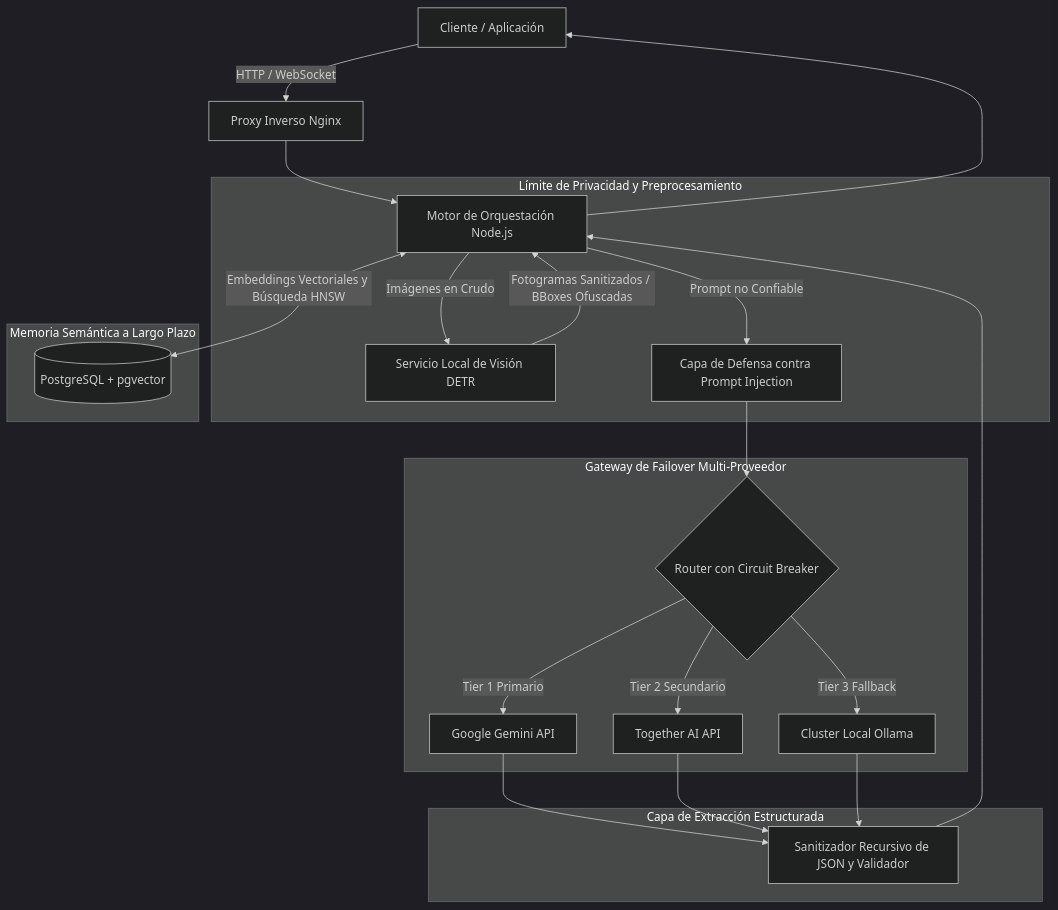
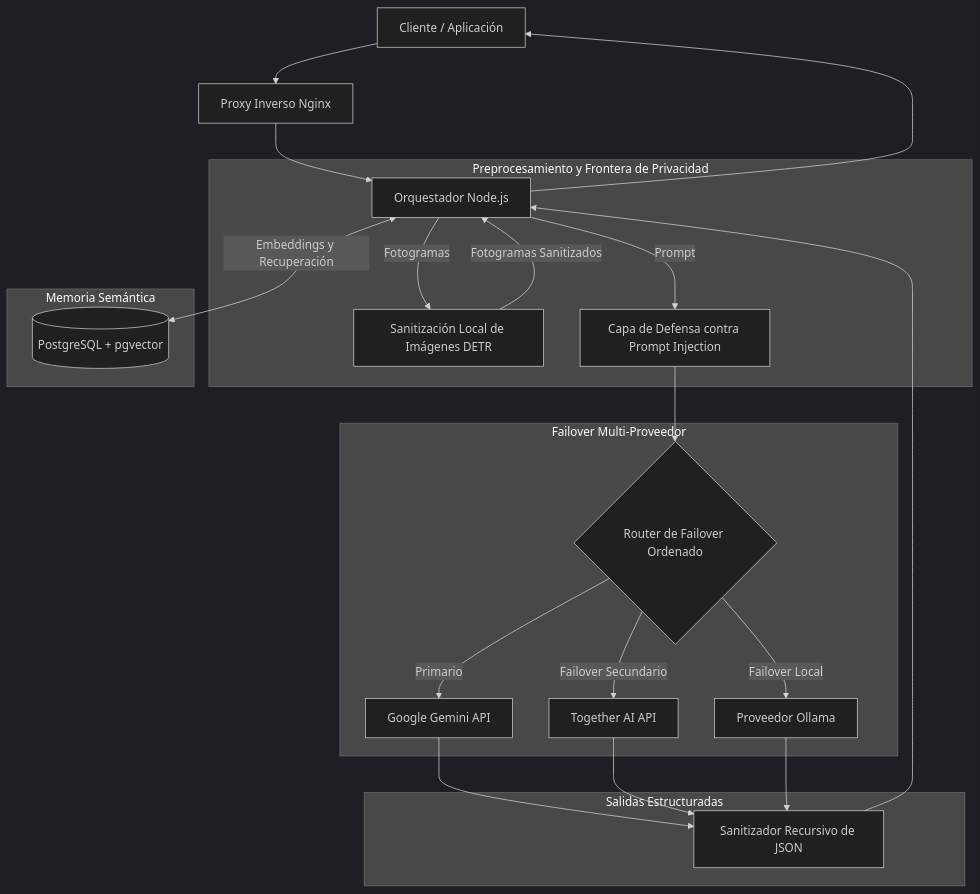
Before and after one commit to qproyect/qproject-showcase: the diagram in case-studies/quiddit.es.md, drawn with Mermaid (dark theme). The commit also changed other lines of this file and 8 other files, not shown here.

````diff
--- a/case-studies/quiddit.es.md
+++ b/case-studies/quiddit.es.md
@@ -25,31 +25,31 @@
 ```mermaid
 graph TD
-    Client[Cliente / Aplicación] -->|HTTP / WebSocket| Ingress[Proxy Inverso Nginx]
-    Ingress --> Orchestrator[Motor de Orquestación Node.js]
+    Client[Cliente / Aplicación] --> Ingress[Proxy Inverso Nginx]
+    Ingress --> Orchestrator[Orquestador Node.js]
 
-    subgraph Privacy Guard [Límite de Privacidad y Preprocesamiento]
-        Orchestrator -->|Imágenes en Crudo| DETR[Servicio Local de Visión DETR]
-        DETR -->|Fotogramas Sanitizados / BBoxes Ofuscadas| Orchestrator
-        Orchestrator -->|Prompt no Confiable| InjectionDefense[Capa de Defensa contra Prompt Injection]
+    subgraph Privacy Guard [Preprocesamiento y Frontera de Privacidad]
+        Orchestrator -->|Fotogramas| DETR[Sanitización Local de Imágenes DETR]
+        DETR -->|Fotogramas Sanitizados| Orchestrator
+        Orchestrator -->|Prompt| DefenseLayer[Capa de Defensa contra Prompt Injection]
     end
 
-    subgraph Memory Store [Memoria Semántica a Largo Plazo]
-        Orchestrator <-->|Embeddings Vectoriales y Búsqueda HNSW| PGVector[(PostgreSQL + pgvector)]
+    subgraph Memory Store [Memoria Semántica]
+        Orchestrator <-->|Embeddings y Recuperación| PGVector[(PostgreSQL + pgvector)]
     end
 
-    subgraph LLM Provider Tier [Gateway de Failover Multi-Proveedor]
-        InjectionDefense --> Router{Router con Circuit Breaker}
-        Router -->|Tier 1 Primario| Gemini[Google Gemini API]
-        Router -->|Tier 2 Secundario| Together[Together AI API]
-        Router -->|Tier 3 Fallback| Ollama[Cluster Local Ollama]
+    subgraph LLM Failover [Failover Multi-Proveedor]
+        DefenseLayer --> FailoverRouter{Router de Failover Ordenado}
+        FailoverRouter -->|Primario| Gemini[Google Gemini API]
+        FailoverRouter -->|Failover Secundario| Together[Together AI API]
+        FailoverRouter -->|Failover Local| Ollama[Proveedor Ollama]
     end
 
-    subgraph Output Validation [Capa de Extracción Estructurada]
-        Gemini --> ResponseParser[Sanitizador Recursivo de JSON y Validador]
+    subgraph Output Validation [Salidas Estructuradas]
+        Gemini --> ResponseParser[Sanitizador Recursivo de JSON]
         Together --> ResponseParser
         Ollama --> ResponseParser
     end
 
     ResponseParser --> Orchestrator
     Orchestrator --> Client
 ```
````
